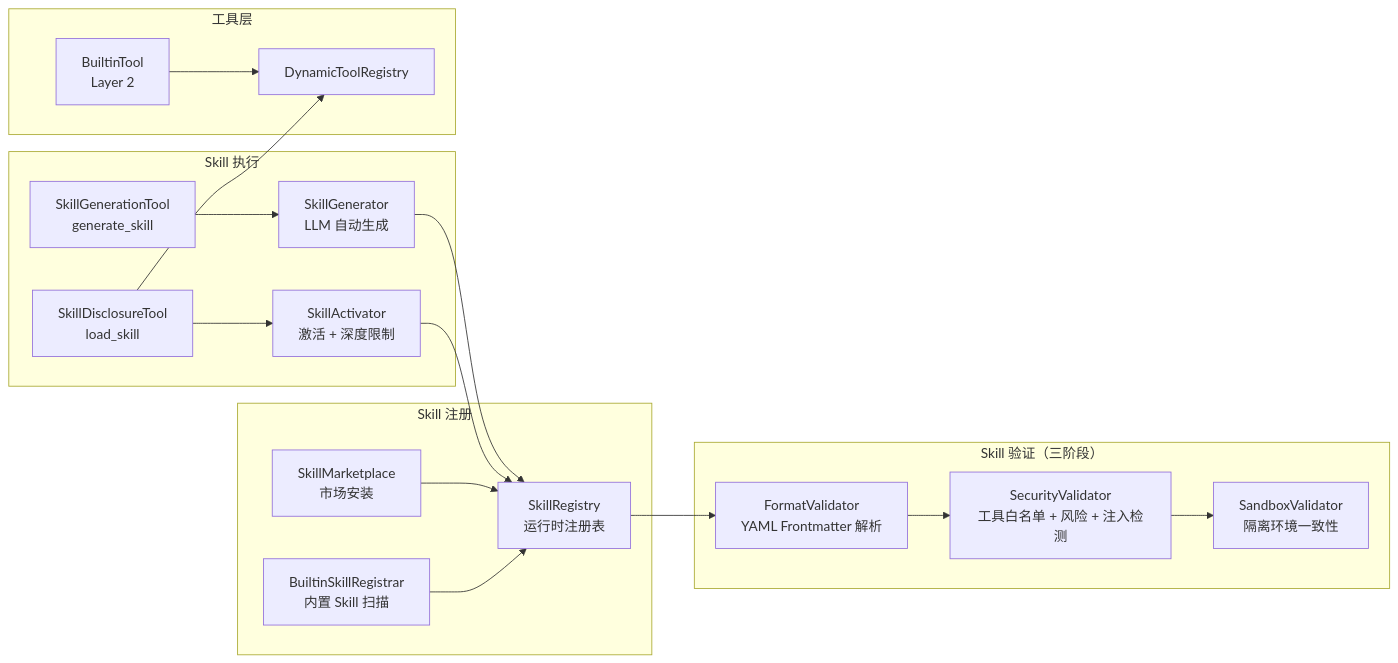
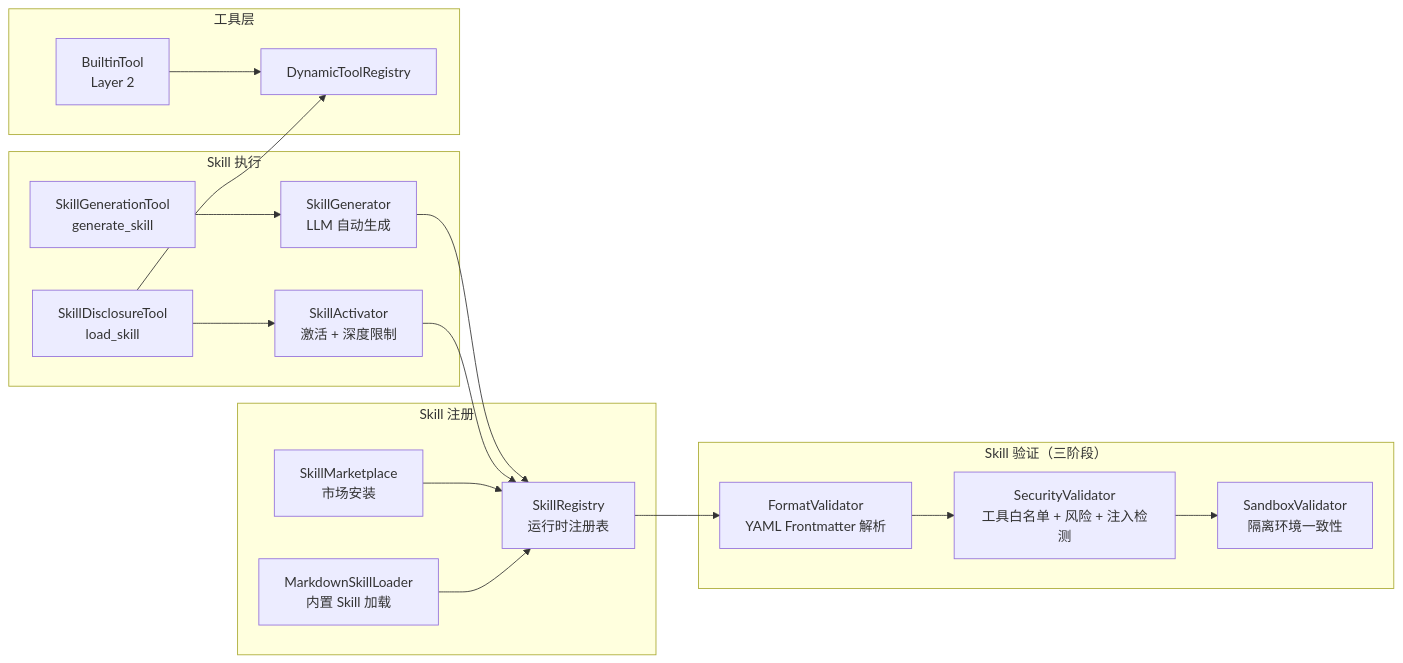
The sixth of 35 diagrams in ARCHITECTURE-DIAGRAMS.md (ntygod/LifePilot), drawn with Mermaid before and after one commit. The commit also changed other lines of this file and 46 other files, not shown here.

````diff
--- a/ARCHITECTURE-DIAGRAMS.md
+++ b/ARCHITECTURE-DIAGRAMS.md
@@ -329,40 +328,40 @@
 ```mermaid
 graph LR
     subgraph "Skill 注册"
-        BuiltinRegistrar[BuiltinSkillRegistrar<br/>内置 Skill 扫描]
+        SkillLoader[MarkdownSkillLoader<br/>内置 Skill 加载]
         SkillRegistry[SkillRegistry<br/>运行时注册表]
         Marketplace[SkillMarketplace<br/>市场安装]
     end
 
     subgraph "Skill 验证（三阶段）"
         Format[FormatValidator<br/>YAML Frontmatter 解析]
         Security[SecurityValidator<br/>工具白名单 + 风险 + 注入检测]
         Sandbox[SandboxValidator<br/>隔离环境一致性]
     end
 
     subgraph "Skill 执行"
         Activator[SkillActivator<br/>激活 + 深度限制]
         Disclosure[SkillDisclosureTool<br/>load_skill]
         GenTool[SkillGenerationTool<br/>generate_skill]
         Generator[SkillGenerator<br/>LLM 自动生成]
     end
 
     subgraph "工具层"
         DynRegistry[DynamicToolRegistry]
         BuiltinTool[BuiltinTool<br/>Layer 2]
     end
 
-    BuiltinRegistrar --> SkillRegistry
+    SkillLoader --> SkillRegistry
     Marketplace --> SkillRegistry
     SkillRegistry --> Format
     Format --> Security
     Security --> Sandbox
 
     Activator --> SkillRegistry
     Disclosure --> Activator
     Disclosure --> DynRegistry
     GenTool --> Generator
     Generator --> SkillRegistry
 
     BuiltinTool --> DynRegistry
 ```
````
